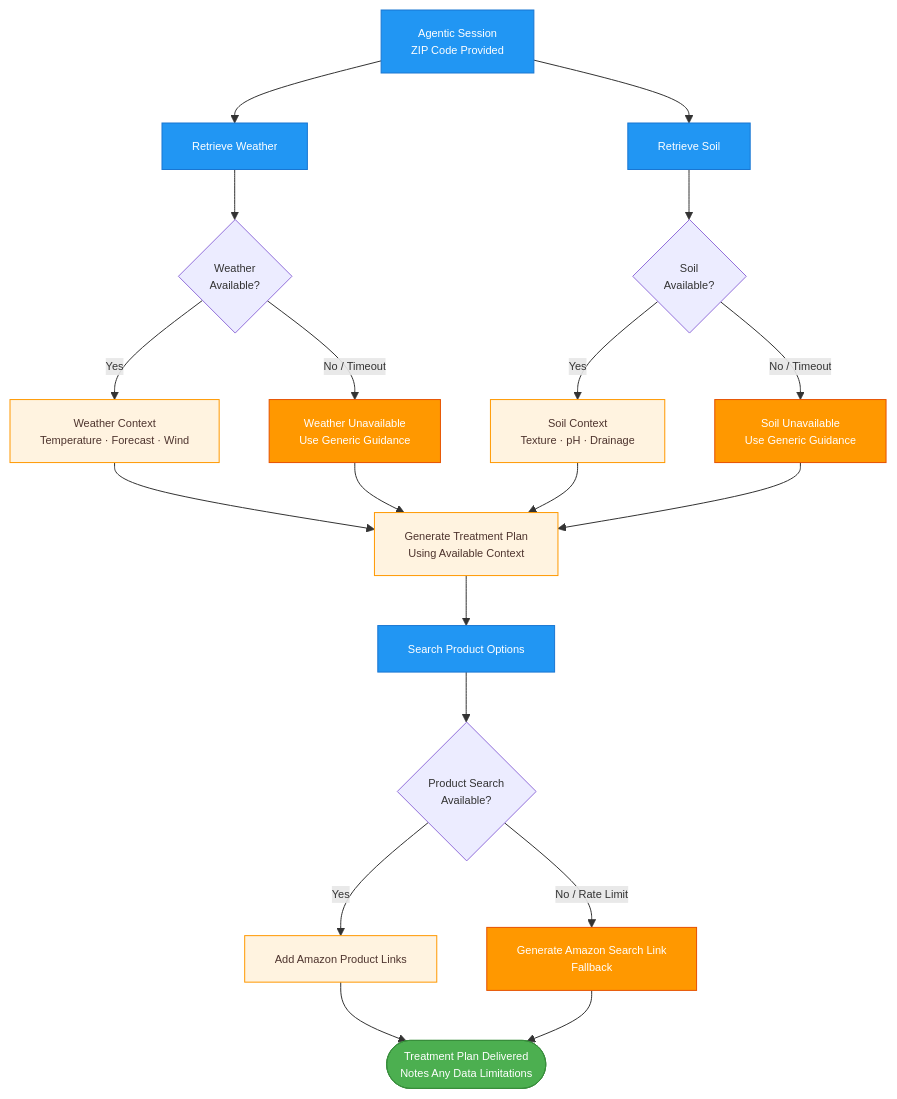
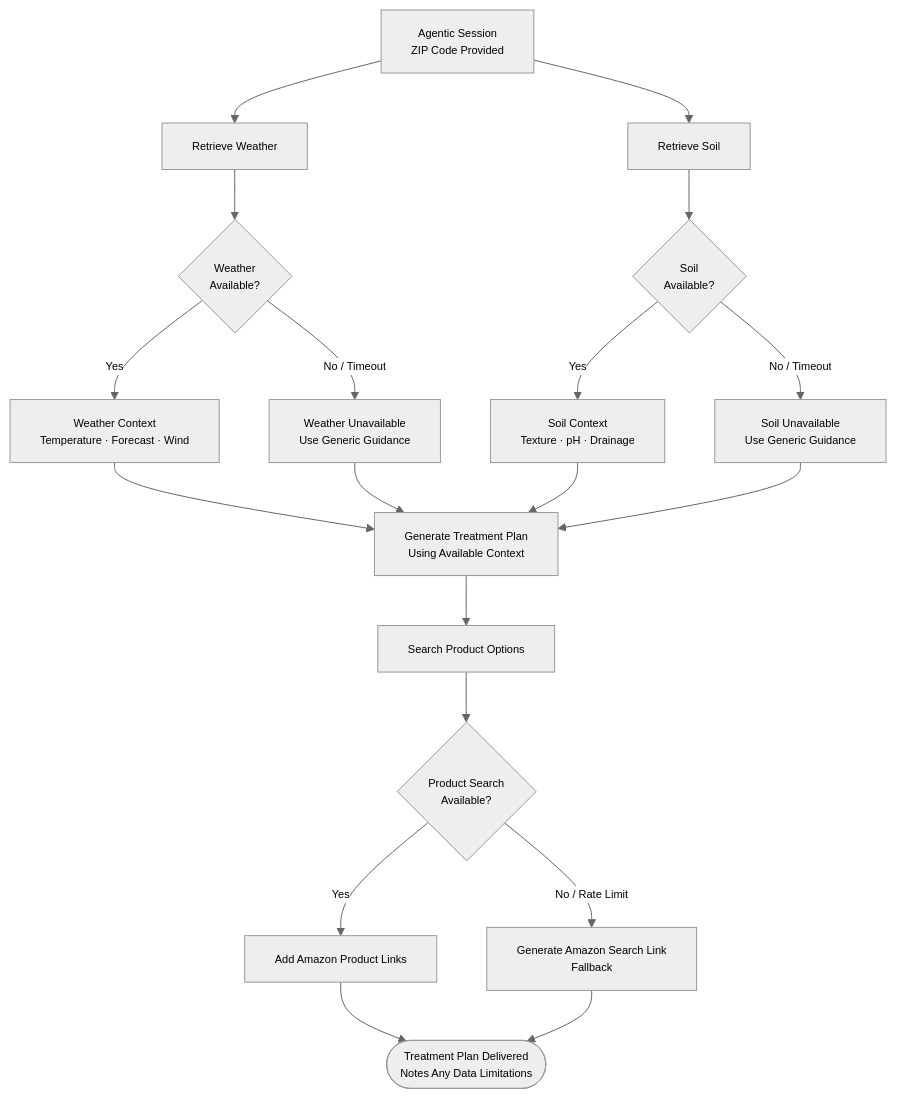
One commit to the-write-path-code/ch09-plant-doctor changed the diagram in workflow/05_graceful_degradation.md. Above: the diagram before and after it, drawn with Mermaid.

Commit message:
Refactor mermaid diagram in graceful degradation
Updated the mermaid diagram initialization and removed class definitions for styling.

````diff
--- a/workflow/05_graceful_degradation.md
+++ b/workflow/05_graceful_degradation.md
@@ -7,48 +7,39 @@
 ```mermaid
-%%{init: {"themeVariables": {"fontFamily": "Arial, Helvetica, sans-serif", "fontSize": "11px", "actorFontSize": "11px", "noteFontSize": "10px", "messageFontSize": "10px"}}}%%
+%%{init: {"theme": "neutral", "themeVariables": {"fontFamily": "Arial, Helvetica, sans-serif", "fontSize": "11px", "actorFontSize": "11px", "noteFontSize": "10px", "messageFontSize": "10px"}}}%%
 flowchart TD
     A["Agentic Session<br/>ZIP Code Provided"]
 
     B["Retrieve Weather"]
     C["Retrieve Soil"]
     D{"Weather<br/>Available?"}
     E{"Soil<br/>Available?"}
     F["Weather Context<br/>Temperature · Forecast · Wind"]
     G["Soil Context<br/>Texture · pH · Drainage"]
     H["Weather Unavailable<br/>Use Generic Guidance"]
     I["Soil Unavailable<br/>Use Generic Guidance"]
 
     J["Generate Treatment Plan<br/>Using Available Context"]
 
     K["Search Product Options"]
     L{"Product Search<br/>Available?"}
     M["Add Amazon Product Links"]
     N["Generate Amazon Search Link<br/>Fallback"]
 
     O(["Treatment Plan Delivered<br/>Notes Any Data Limitations"])
 
     A --> B
     A --> C
 
     B --> D
     D -- Yes --> F --> J
     D -- No / Timeout --> H --> J
 
     C --> E
     E -- Yes --> G --> J
     E -- No / Timeout --> I --> J
 
     J --> K --> L
     L -- Yes --> M --> O
     L -- "No / Rate Limit" --> N --> O
 
-    classDef source fill:#2196F3,color:#fff,stroke:#1976D2
-    classDef context fill:#FFF3E0,color:#4E342E,stroke:#FF9800
-    classDef fallback fill:#FF9800,color:#fff,stroke:#E65100
-    classDef output fill:#4CAF50,color:#fff,stroke:#388E3C
-
-    class A,B,C,K source
-    class F,G,J,M context
-    class H,I,N fallback
-    class O output
 ```
````
